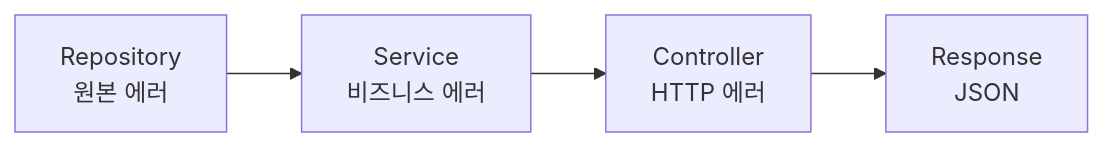
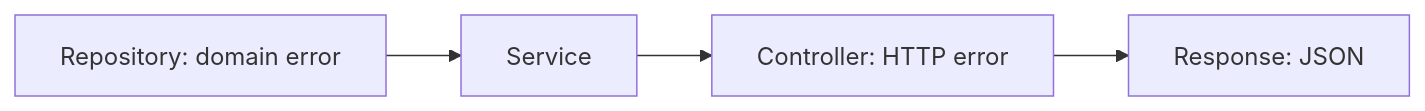
One commit to NARUBROWN/spine-site changed the diagram in docs/ko/learn/tutorial/7-error-handling.md. Above: the diagram before and after it, drawn with Mermaid. The commit also changed other lines of this file and 118 other files, not shown here.

````diff
--- a/docs/ko/learn/tutorial/7-error-handling.md
+++ b/docs/ko/learn/tutorial/7-error-handling.md
@@ -147,6 +108,6 @@
 ```mermaid
 flowchart LR
-    A[Repository<br/>원본 에러] --> B[Service<br/>비즈니스 에러]
-    B --> C[Controller<br/>HTTP 에러]
-    C --> D[Response<br/>JSON]
+    Repository["Repository: domain error"] --> Service["Service"]
+    Service --> Controller["Controller: HTTP error"]
+    Controller --> Response["Response: JSON"]
 ```
````
